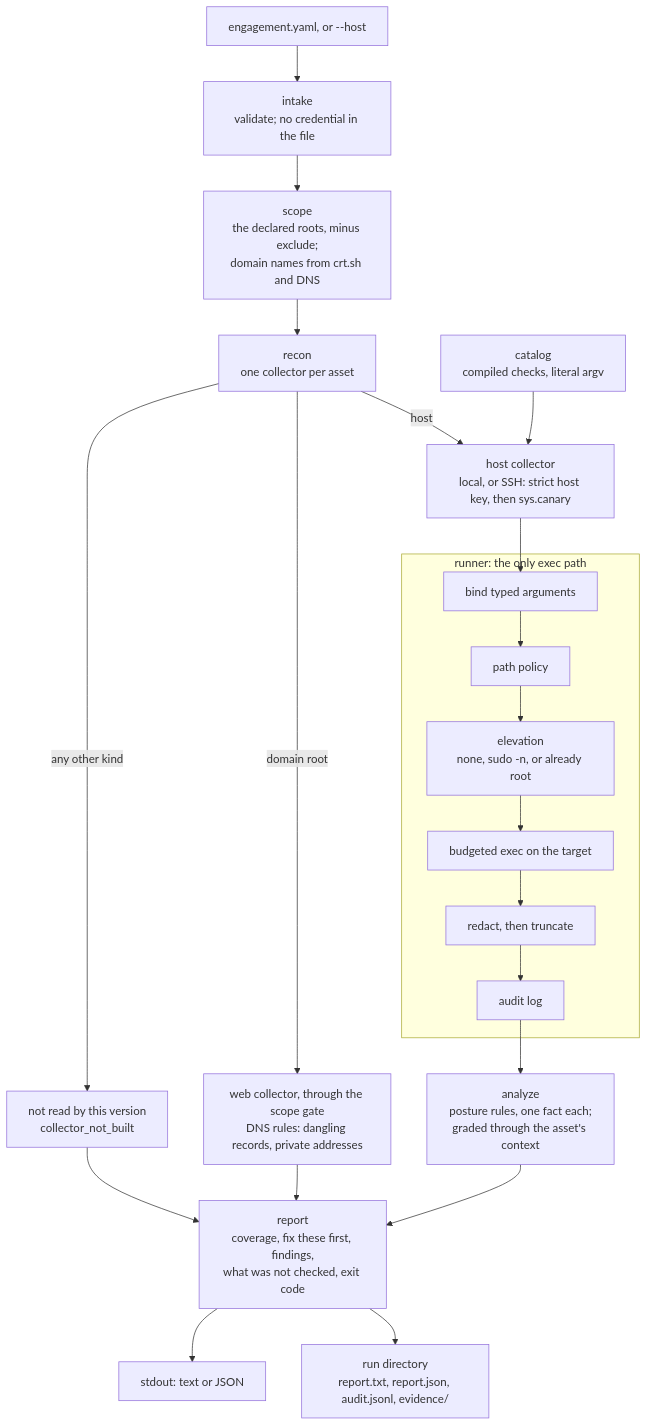
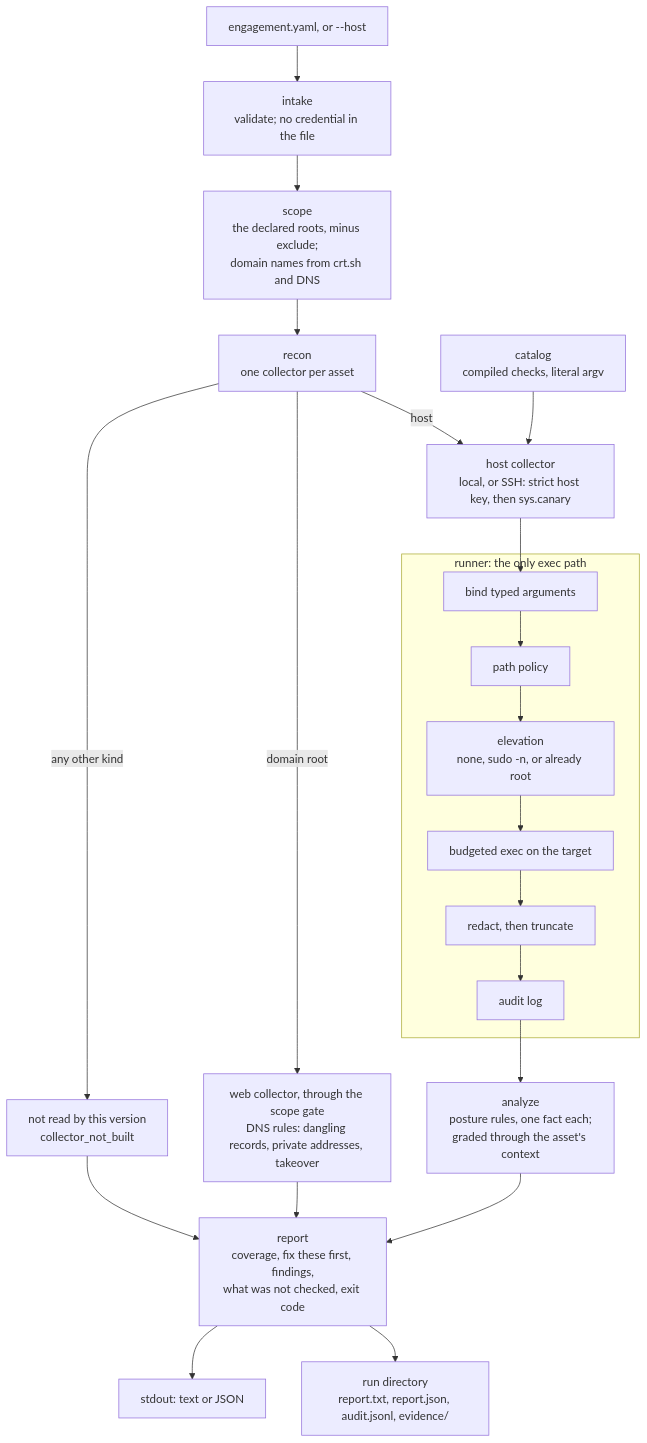
One commit to B87/scheck changed the diagram in README.md. Above: the diagram before and after it, drawn with Mermaid. The commit also changed other lines of this file and 29 other files, not shown here.

````diff
--- a/README.md
+++ b/README.md
@@ -47,27 +52,27 @@
 ```mermaid
 flowchart TD
   input["engagement.yaml, or --host"] --> intake["intake<br/>validate; no credential in the file"]
   intake --> scope["scope<br/>the declared roots, minus exclude;<br/>domain names from crt.sh and DNS"]
   scope --> recon["recon<br/>one collector per asset"]
 
   recon -->|host| host["host collector<br/>local, or SSH: strict host key, then sys.canary"]
-  recon -->|domain root| web["web collector, through the scope gate<br/>DNS rules: dangling records, private addresses"]
+  recon -->|domain root| web["web collector, through the scope gate<br/>DNS rules: dangling records, private addresses, takeover"]
   recon -->|any other kind| none["not read by this version<br/>collector_not_built"]
 
   catalog["catalog<br/>compiled checks, literal argv"] --> host
   subgraph runner ["runner: the only exec path"]
     bind["bind typed arguments"] --> pathpol["path policy"]
     pathpol --> elevate["elevation<br/>none, sudo -n, or already root"]
     elevate --> execn["budgeted exec on the target"]
     execn --> redact["redact, then truncate"]
     redact --> audit["audit log"]
   end
   host --> bind
 
   audit --> analyze["analyze<br/>posture rules, one fact each;<br/>graded through the asset's context"]
   none --> report
   web --> report
   analyze --> report["report<br/>coverage, fix these first, findings,<br/>what was not checked, exit code"]
   report --> out["stdout: text or JSON"]
   report --> rundir["run directory<br/>report.txt, report.json, audit.jsonl, evidence/"]
 ```
````
